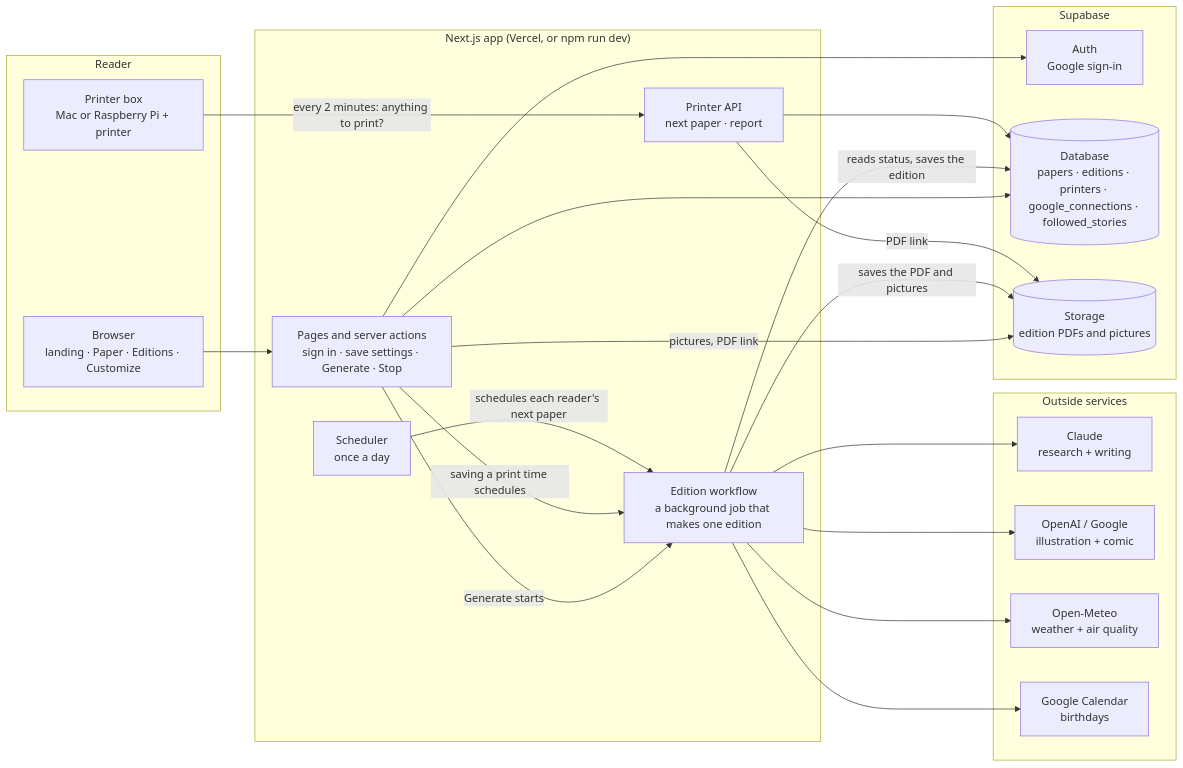
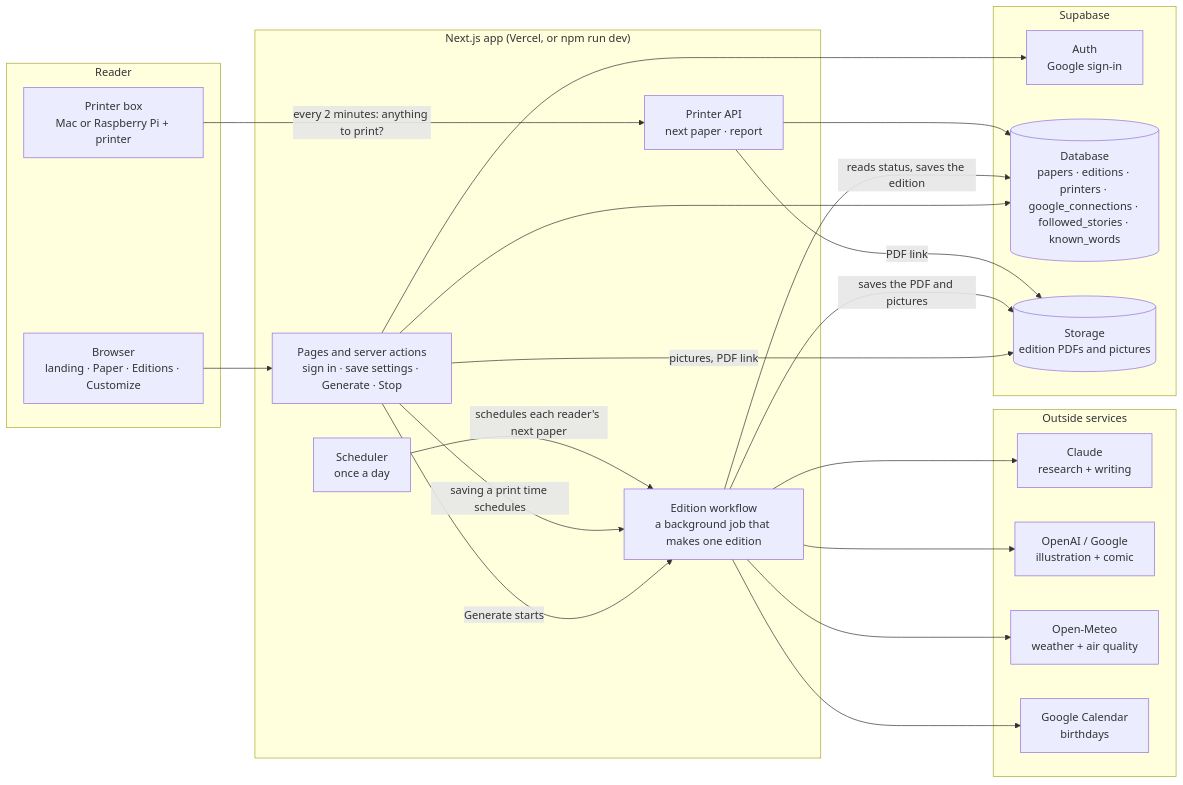
One commit to chieri518/daily-print changed the first of 3 diagrams in docs/ARCHITECTURE.md. Above: the diagram before and after it, drawn with Mermaid. The commit also changed other lines of this file and 18 other files, not shown here.

````diff
--- a/docs/ARCHITECTURE.md
+++ b/docs/ARCHITECTURE.md
@@ -7,41 +7,41 @@
 ```mermaid
 flowchart LR
   subgraph You["Reader"]
     BROWSER["Browser<br/>landing · Paper · Editions · Customize"]
     BOX["Printer box<br/>Mac or Raspberry Pi + printer"]
   end
 
   subgraph App["Next.js app (Vercel, or npm run dev)"]
     PAGES["Pages and server actions<br/>sign in · save settings · Generate · Stop"]
     CRON["Scheduler<br/>once a day"]
     PAPI["Printer API<br/>next paper · report"]
     WF["Edition workflow<br/>a background job that makes one edition"]
   end
 
   subgraph Supabase
     AUTH["Auth<br/>Google sign-in"]
-    DB[("Database<br/>papers · editions · printers · google_connections · followed_stories")]
+    DB[("Database<br/>papers · editions · printers · google_connections · followed_stories · known_words")]
     FILES[("Storage<br/>edition PDFs and pictures")]
   end
 
   subgraph Outside["Outside services"]
     CLAUDE["Claude<br/>research + writing"]
     IMG["OpenAI / Google<br/>illustration + comic"]
     METEO["Open-Meteo<br/>weather + air quality"]
     GCAL["Google Calendar<br/>birthdays"]
   end
 
   BROWSER --> PAGES
   PAGES --> AUTH
   PAGES --> DB
   PAGES -- "Generate starts" --> WF
   PAGES -- "saving a print time schedules" --> WF
   CRON -- "schedules each reader's next paper" --> WF
   PAGES -- "pictures, PDF link" --> FILES
   WF -- "reads status, saves the edition" --> DB
   WF -- "saves the PDF and pictures" --> FILES
   WF --> CLAUDE & IMG & METEO & GCAL
   BOX -- "every 2 minutes: anything to print?" --> PAPI
   PAPI --> DB
   PAPI -- "PDF link" --> FILES
 ```
````
